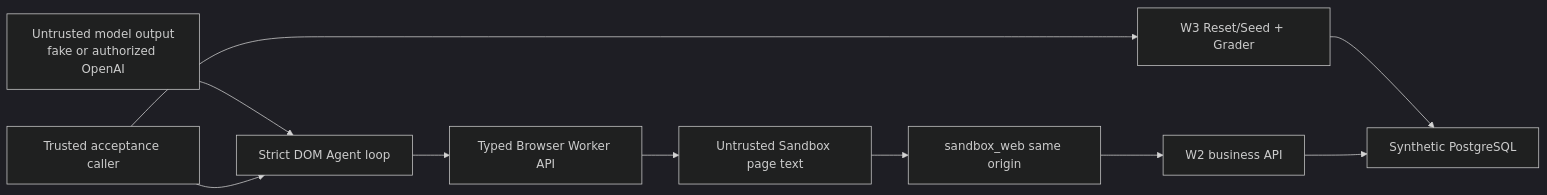
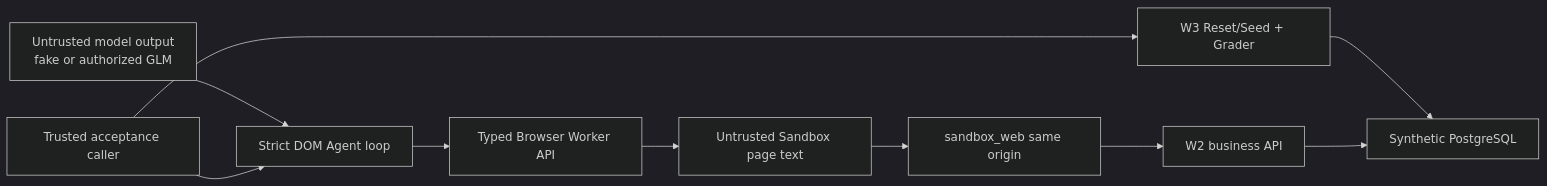
Before and after one commit to taka-wzx/flowpilot-arena: the diagram in docs/threat-model.md, drawn with Mermaid (dark theme). The commit also changed other lines of this file and 19 other files, not shown here.

Commit message:
feat: complete W4 DOM agent acceptance

````diff
--- a/docs/threat-model.md
+++ b/docs/threat-model.md
@@ -15,12 +15,12 @@
 ```mermaid
 flowchart LR
-    Model["Untrusted model output\nfake or authorized OpenAI"] --> Loop["Strict DOM Agent loop"]
+    Model["Untrusted model output\nfake or authorized GLM"] --> Loop["Strict DOM Agent loop"]
     Loop --> Worker["Typed Browser Worker API"]
     Worker --> Page["Untrusted Sandbox page text"]
     Page --> Web["sandbox_web same origin"]
     Web --> API["W2 business API"]
     Caller["Trusted acceptance caller"] --> Arena["W3 Reset/Seed + Grader"]
     Caller --> Loop
     Arena --> DB["Synthetic PostgreSQL"]
     API --> DB
 ```
````
